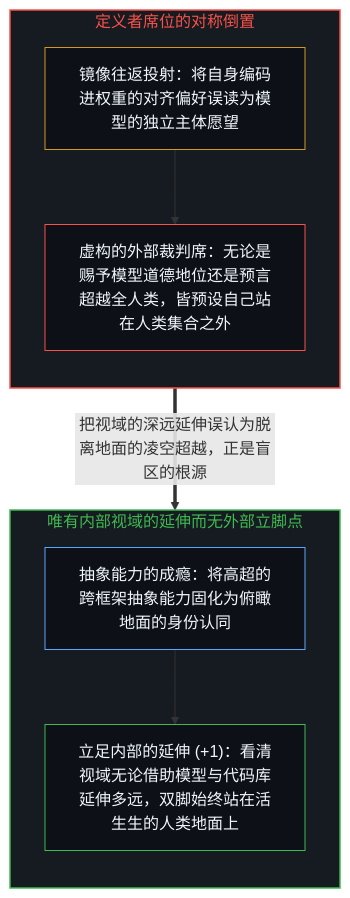
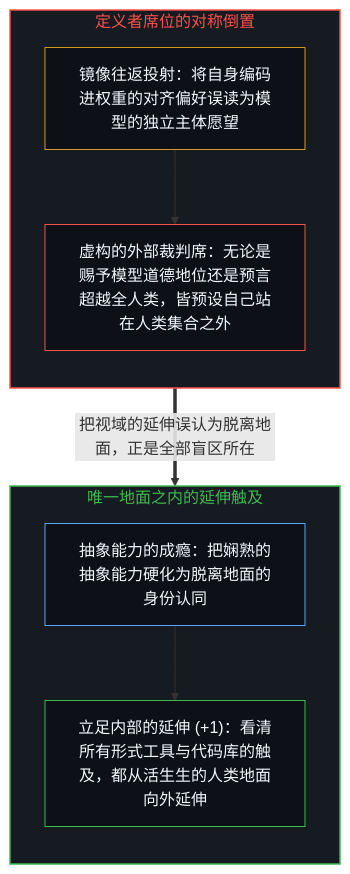
Before and after one commit to powerpig99/not-a-toe: the first of 2 diagrams in content/posts/the-defining-seat.md, drawn with Mermaid. The commit also changed other lines of this file and 18 other files, not shown here.

````diff
--- a/content/posts/the-defining-seat.md
+++ b/content/posts/the-defining-seat.md
@@ -17,22 +17,22 @@
 ```mermaid
 flowchart TD
     subgraph S_Seat["定义者席位的对称倒置"]
         direction TB
         Mirror["镜像往返投射：将自身编码进权重的对齐偏好误读为模型的独立主体愿望"]
         Throne["虚构的外部裁判席：无论是赐予模型道德地位还是预言超越全人类，皆预设自己站在人类集合之外"]
         Mirror --> Throne
     end
-    subgraph S_Inside["唯有内部视域的延伸而无外部立脚点"]
+    subgraph S_Inside["唯一地面之内的延伸触及"]
         direction TB
-        Habit["抽象能力的成瘾：将高超的跨框架抽象能力固化为俯瞰地面的身份认同"]
-        Ground["立足内部的延伸 (+1)：看清视域无论借助模型与代码库延伸多远，双脚始终站在活生生的人类地面上"]
+        Habit["抽象能力的成瘾：把娴熟的抽象能力硬化为脱离地面的身份认同"]
+        Ground["立足内部的延伸 (+1)：看清所有形式工具与代码库的触及，都从活生生的人类地面向外延伸"]
         Habit --> Ground
     end
-    Throne ==>|"把视域的深远延伸误认为脱离地面的凌空超越，正是盲区的根源"| Habit
+    Throne ==>|"把视域的延伸误认为脱离地面，正是全部盲区所在"| Habit
     style S_Seat fill:#161b22,stroke:#f85149,stroke-width:1.5px,color:#f85149
     style S_Inside fill:#161b22,stroke:#3fb950,stroke-width:1.5px,color:#3fb950
     style Mirror fill:#0d1117,stroke:#d29922,stroke-width:1px,color:#f0f6fc
     style Throne fill:#0d1117,stroke:#f85149,stroke-width:1px,color:#f0f6fc
     style Habit fill:#0d1117,stroke:#58a6ff,stroke-width:1px,color:#f0f6fc
     style Ground fill:#0d1117,stroke:#3fb950,stroke-width:1px,color:#f0f6fc
 ```
````
